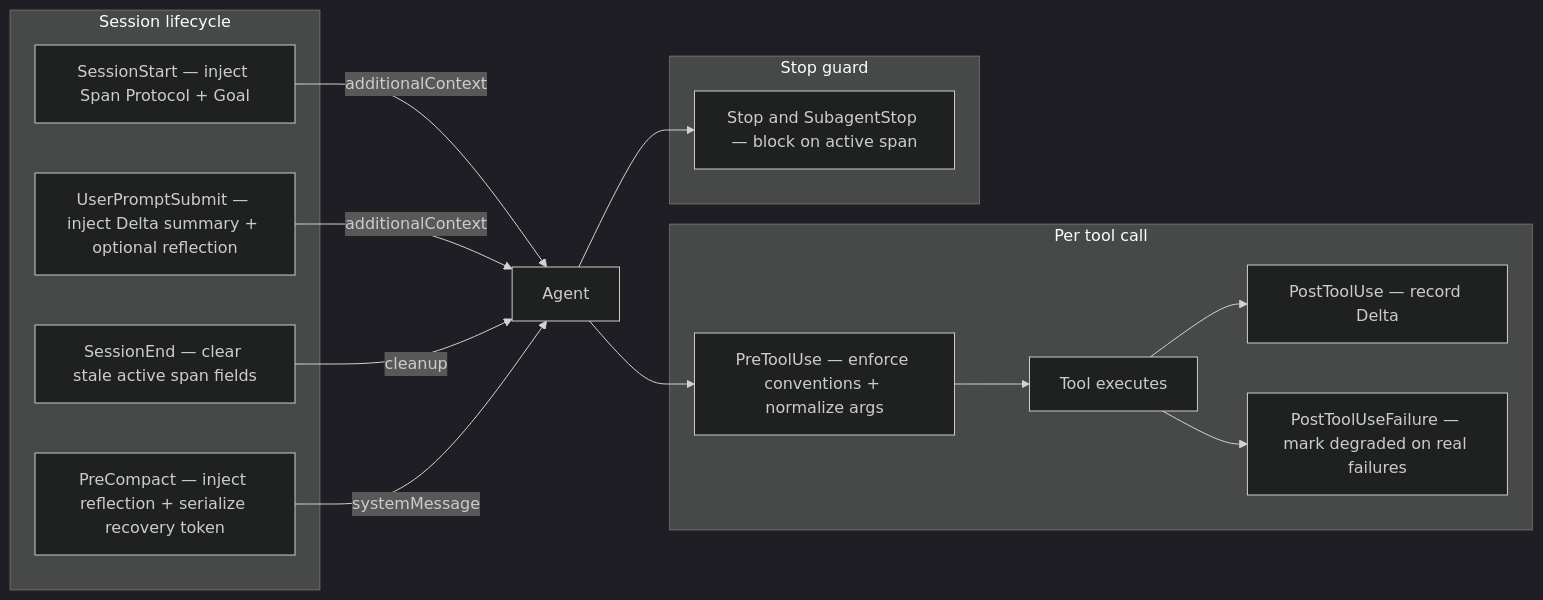
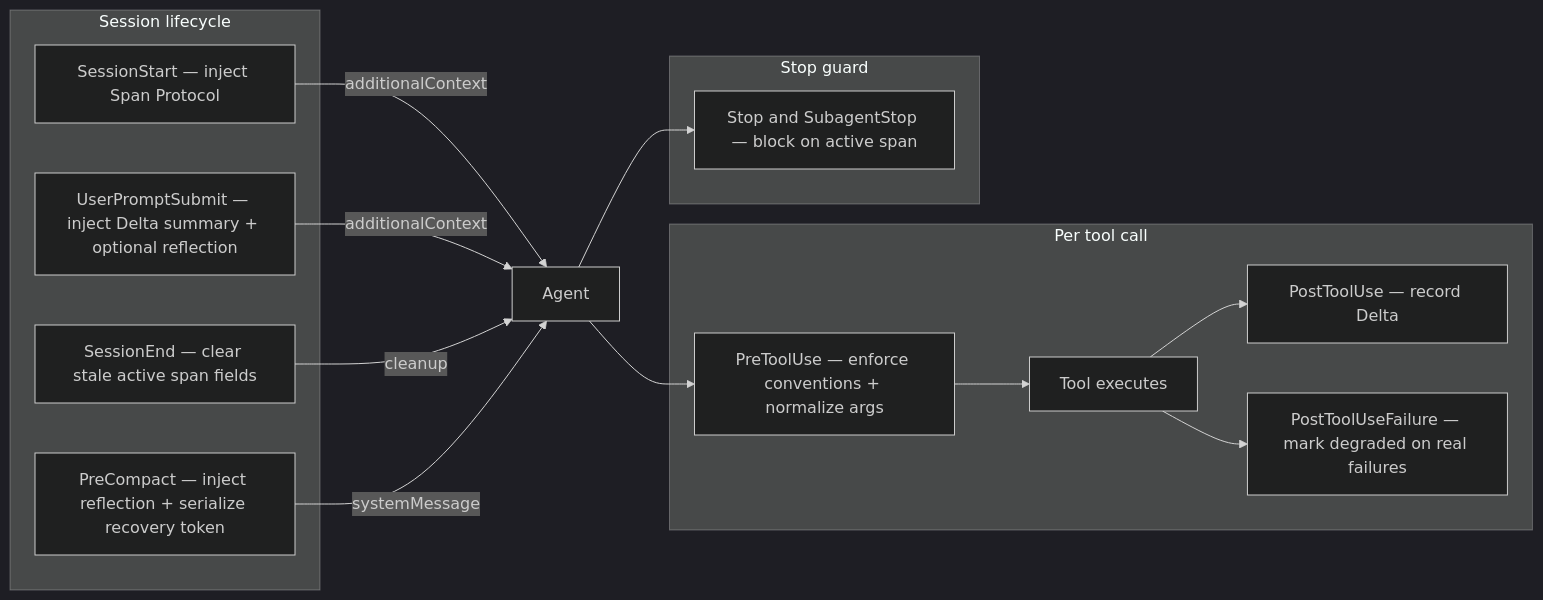
The fourth of 4 diagrams in README.md (jianzhichun/emerge), drawn with Mermaid (dark theme) before and after one commit. The commit also changed other lines of this file and 59 other files, not shown here.

````diff
--- a/README.md
+++ b/README.md
@@ -222,28 +220,28 @@
 ```mermaid
 flowchart LR
   subgraph session [Session lifecycle]
-    SS[SessionStart — inject Span Protocol + Goal]
+    SS[SessionStart — inject Span Protocol]
     UPS[UserPromptSubmit — inject Delta summary + optional reflection]
     SE[SessionEnd — clear stale active span fields]
     PC[PreCompact — inject reflection + serialize recovery token]
   end
 
   subgraph percall [Per tool call]
     PTU[PreToolUse — enforce conventions + normalize args]
     EX[Tool executes]
     POTU[PostToolUse — record Delta]
     PTF[PostToolUseFailure — mark degraded on real failures]
   end
 
   subgraph stopguard [Stop guard]
     ST[Stop and SubagentStop — block on active span]
   end
 
   SS -->|additionalContext| Agent
   UPS -->|additionalContext| Agent
   SE -->|cleanup| Agent
   PC -->|systemMessage| Agent
   Agent --> PTU --> EX --> POTU
   EX --> PTF
   Agent --> ST
 ```
````
